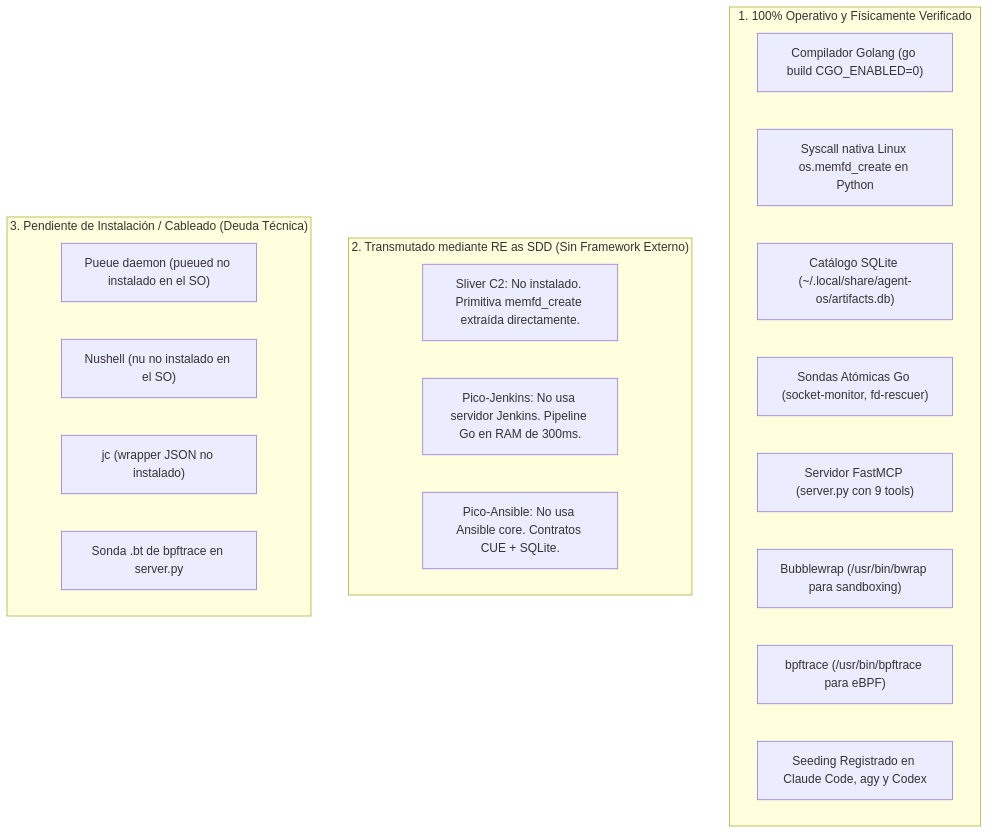
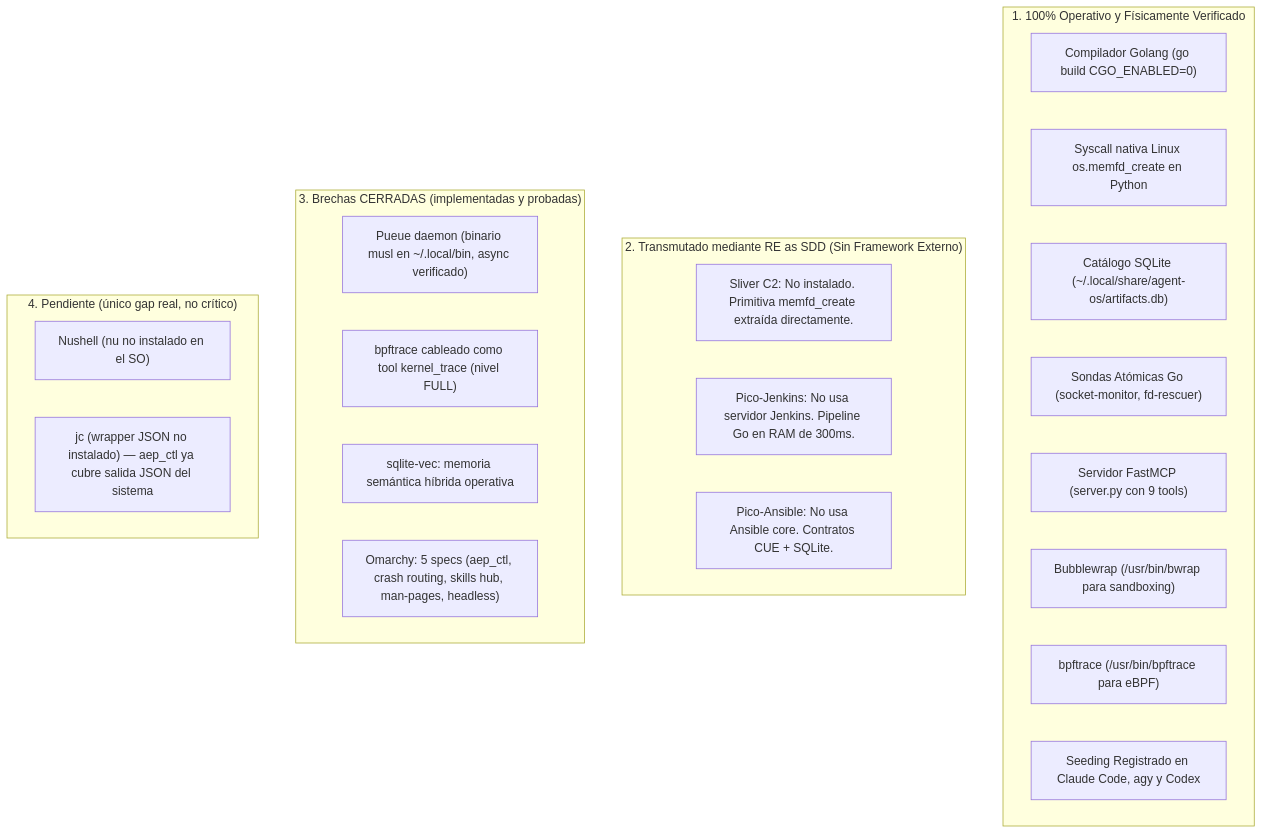
One commit to ancrz/agent-execution-plane changed the first of 3 diagrams in docs/re_sdd_and_gap_analysis.md. Above: the diagram before and after it, drawn with Mermaid. The commit also changed other lines of this file and 3 other files, not shown here.

````diff
--- a/docs/re_sdd_and_gap_analysis.md
+++ b/docs/re_sdd_and_gap_analysis.md
@@ -13,26 +13,31 @@
 ```mermaid
 flowchart TD
     subgraph FullyOperational["1. 100% Operativo y Físicamente Verificado"]
         O1["Compilador Golang (go build CGO_ENABLED=0)"]
         O2["Syscall nativa Linux os.memfd_create en Python"]
         O3["Catálogo SQLite (~/.local/share/agent-os/artifacts.db)"]
         O4["Sondas Atómicas Go (socket-monitor, fd-rescuer)"]
         O5["Servidor FastMCP (server.py con 9 tools)"]
         O6["Bubblewrap (/usr/bin/bwrap para sandboxing)"]
         O7["bpftrace (/usr/bin/bpftrace para eBPF)"]
         O8["Seeding Registrado en Claude Code, agy y Codex"]
     end
 
     subgraph RETransmuted["2. Transmutado mediante RE as SDD (Sin Framework Externo)"]
         R1["Sliver C2: No instalado. Primitiva memfd_create extraída directamente."]
         R2["Pico-Jenkins: No usa servidor Jenkins. Pipeline Go en RAM de 300ms."]
         R3["Pico-Ansible: No usa Ansible core. Contratos CUE + SQLite."]
     end
 
-    subgraph PendingWiring["3. Pendiente de Instalación / Cableado (Deuda Técnica)"]
-        P1["Pueue daemon (pueued no instalado en el SO)"]
+    subgraph Closed["3. Brechas CERRADAS (implementadas y probadas)"]
+        C1["Pueue daemon (binario musl en ~/.local/bin, async verificado)"]
+        C2["bpftrace cableado como tool kernel_trace (nivel FULL)"]
+        C3["sqlite-vec: memoria semántica híbrida operativa"]
+        C4["Omarchy: 5 specs (aep_ctl, crash routing, skills hub, man-pages, headless)"]
+    end
+
+    subgraph PendingWiring["4. Pendiente (único gap real, no crítico)"]
         P2["Nushell (nu no instalado en el SO)"]
-        P3["jc (wrapper JSON no instalado)"]
-        P4["Sonda .bt de bpftrace en server.py"]
+        P3["jc (wrapper JSON no instalado) — aep_ctl ya cubre salida JSON del sistema"]
     end
 ```
````
